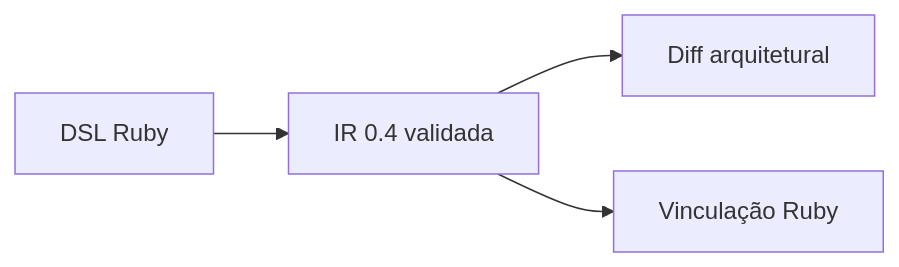
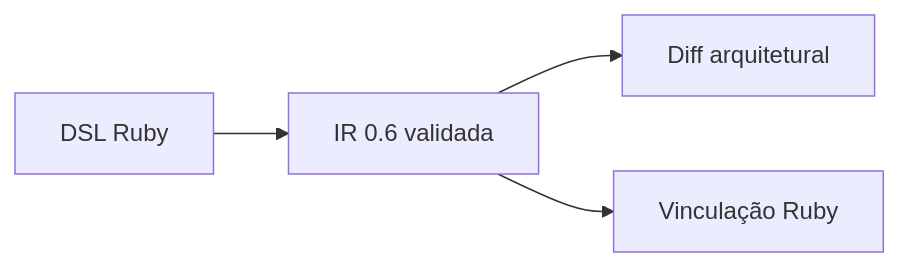
One commit to vetra-framework/vetra changed the diagram in README.md. Above: the diagram before and after it, drawn with Mermaid. The commit also changed other lines of this file and 9 other files, not shown here.

````diff
--- a/README.md
+++ b/README.md
@@ -28,6 +30,6 @@
 ```mermaid
 flowchart LR
-    A["DSL Ruby"] --> B["IR 0.4 validada"]
+    A["DSL Ruby"] --> B["IR 0.6 validada"]
     B --> C["Diff arquitetural"]
     B --> D["Vinculação Ruby"]
 ```
````
